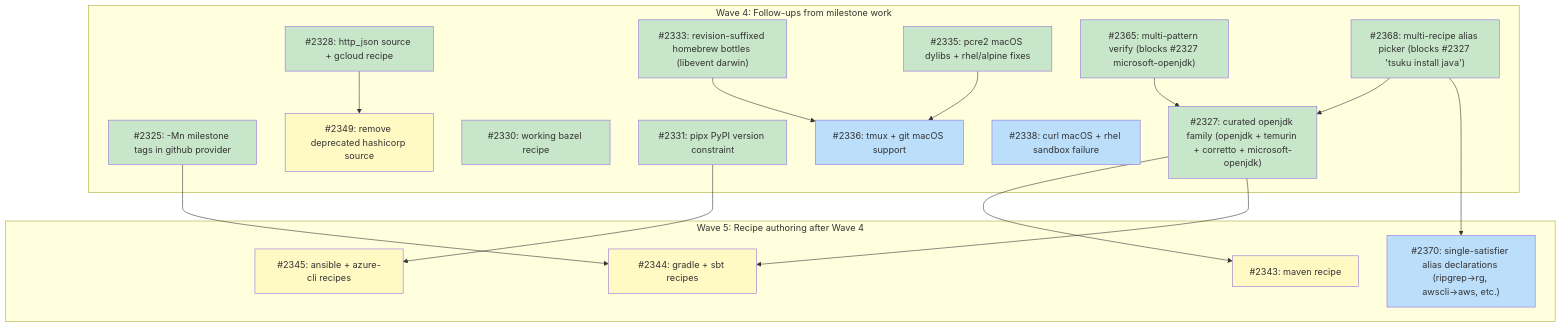
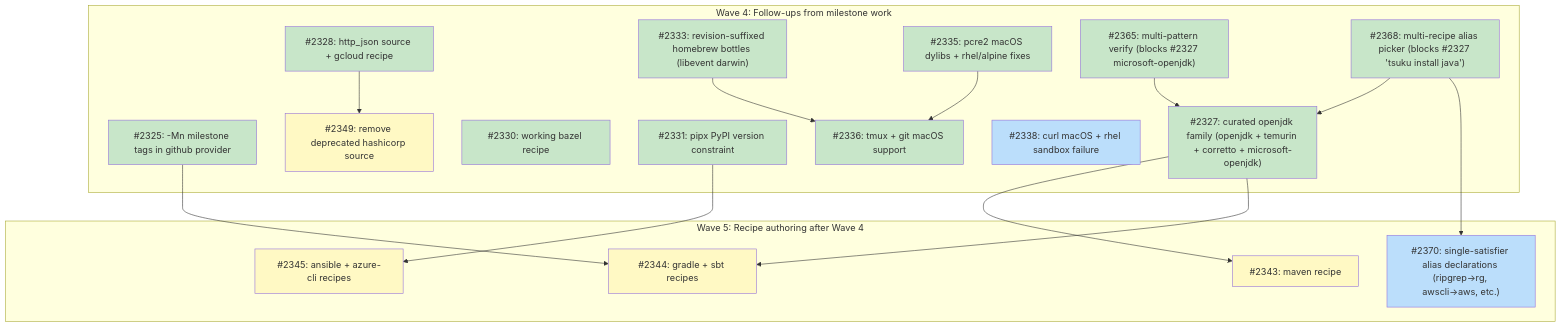
The diagram in docs/plans/PLAN-curated-recipes.md (tsukumogami/tsuku), drawn with Mermaid before and after one commit. The commit also changed other lines of this file, not shown here.

First line of the commit message:
docs(plan): mark #2336 done after architectural dylib-chain landed (#2397)

````diff
--- a/docs/plans/PLAN-curated-recipes.md
+++ b/docs/plans/PLAN-curated-recipes.md
@@ -146,50 +146,50 @@
 ```mermaid
 graph TD
     subgraph wave4 ["Wave 4: Follow-ups from milestone work"]
         I2325["#2325: -Mn milestone tags in github provider"]
         I2327["#2327: curated openjdk family (openjdk + temurin + corretto + microsoft-openjdk)"]
         I2328["#2328: http_json source + gcloud recipe"]
         I2330["#2330: working bazel recipe"]
         I2331["#2331: pipx PyPI version constraint"]
         I2333["#2333: revision-suffixed homebrew bottles (libevent darwin)"]
         I2335["#2335: pcre2 macOS dylibs + rhel/alpine fixes"]
         I2336["#2336: tmux + git macOS support"]
         I2338["#2338: curl macOS + rhel sandbox failure"]
         I2349["#2349: remove deprecated hashicorp source"]
         I2365["#2365: multi-pattern verify (blocks #2327 microsoft-openjdk)"]
         I2368["#2368: multi-recipe alias picker (blocks #2327 'tsuku install java')"]
     end
 
     subgraph wave5 ["Wave 5: Recipe authoring after Wave 4"]
         I2343["#2343: maven recipe"]
         I2344["#2344: gradle + sbt recipes"]
         I2345["#2345: ansible + azure-cli recipes"]
         I2370["#2370: single-satisfier alias declarations (ripgrep→rg, awscli→aws, etc.)"]
     end
 
     I2333 --> I2336
     I2335 --> I2336
 
     I2365 --> I2327
     I2368 --> I2327
     I2327 --> I2343
     I2325 --> I2344
     I2327 --> I2344
     I2331 --> I2345
     I2328 --> I2349
     I2368 --> I2370
 
     classDef done fill:#c8e6c9
     classDef ready fill:#bbdefb
     classDef blocked fill:#fff9c4
     classDef needsDesign fill:#e1bee7
     classDef needsPrd fill:#b3e5fc
     classDef needsSpike fill:#ffcdd2
     classDef needsDecision fill:#d1c4e9
     classDef tracksDesign fill:#FFE0B2,stroke:#F57C00,color:#000
     classDef tracksPlan fill:#FFE0B2,stroke:#F57C00,color:#000
 
-    class I2325,I2327,I2328,I2330,I2331,I2333,I2335,I2365,I2368 done
-    class I2336,I2338,I2370 ready
+    class I2325,I2327,I2328,I2330,I2331,I2333,I2335,I2336,I2365,I2368 done
+    class I2338,I2370 ready
     class I2343,I2344,I2345,I2349 blocked
 ```
````
